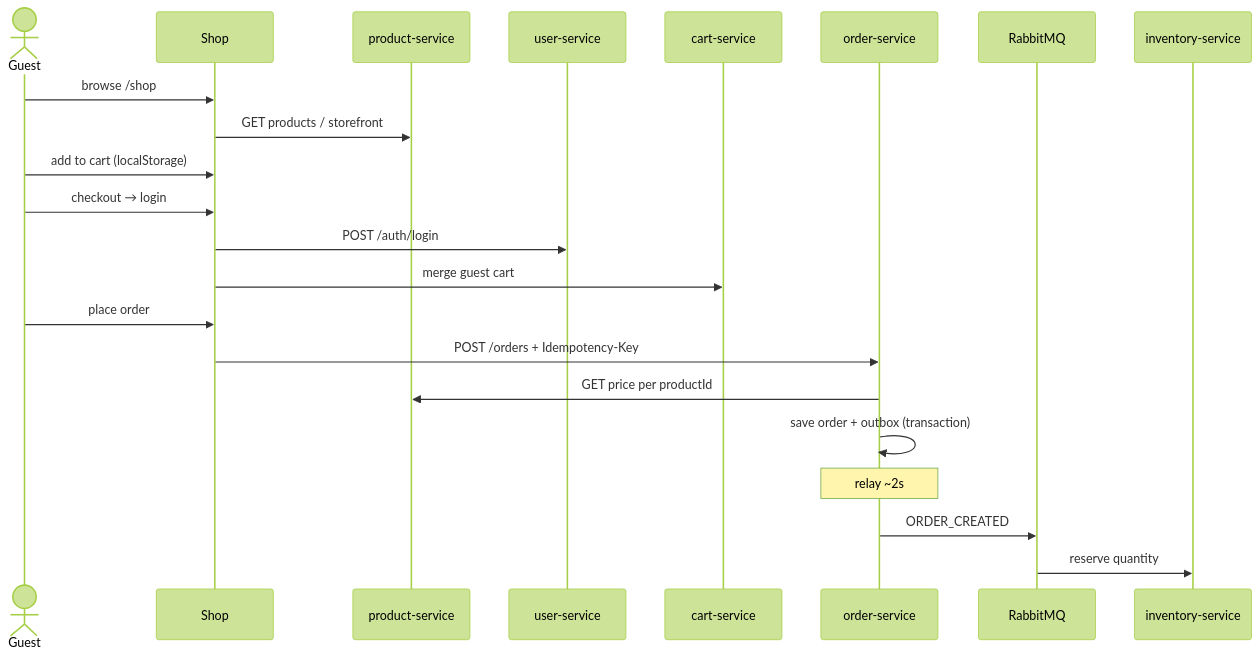
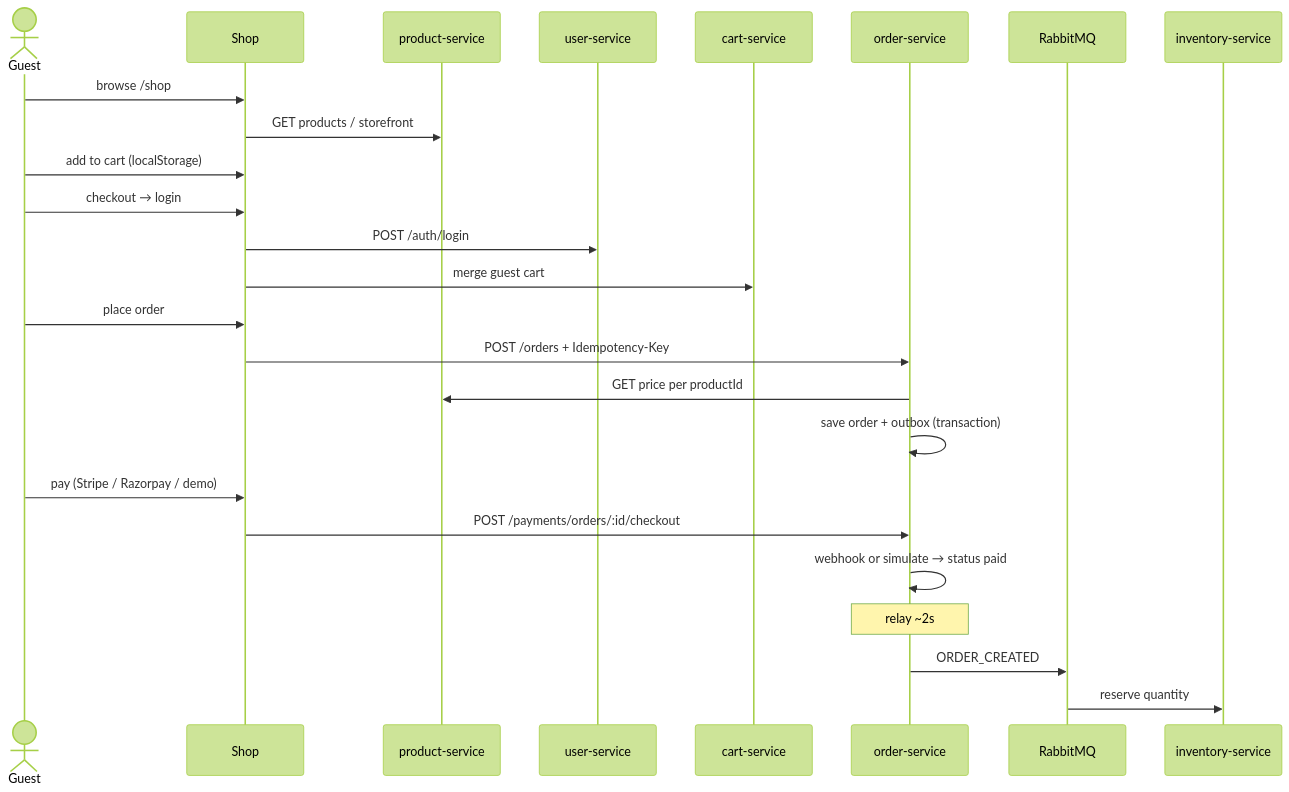
Before and after one commit to dipunjan/core-platform: the second of 2 diagrams in docs/architecture.md, drawn with Mermaid (forest theme). The commit also changed other lines of this file and 84 other files, not shown here.

````diff
--- a/docs/architecture.md
+++ b/docs/architecture.md
@@ -77,25 +78,28 @@
 ```mermaid
 sequenceDiagram
   actor Guest
   participant Shop
   participant Product as product-service
   participant User as user-service
   participant CartAPI as cart-service
   participant Order as order-service
   participant Rabbit as RabbitMQ
   participant Stock as inventory-service
 
   Guest->>Shop: browse /shop
   Shop->>Product: GET products / storefront
   Guest->>Shop: add to cart (localStorage)
   Guest->>Shop: checkout → login
   Shop->>User: POST /auth/login
   Shop->>CartAPI: merge guest cart
   Guest->>Shop: place order
   Shop->>Order: POST /orders + Idempotency-Key
   Order->>Product: GET price per productId
   Order->>Order: save order + outbox (transaction)
+  Guest->>Shop: pay (Stripe / Razorpay / demo)
+  Shop->>Order: POST /payments/orders/:id/checkout
+  Order->>Order: webhook or simulate → status paid
   Note over Order: relay ~2s
   Order->>Rabbit: ORDER_CREATED
   Rabbit->>Stock: reserve quantity
 ```
````
